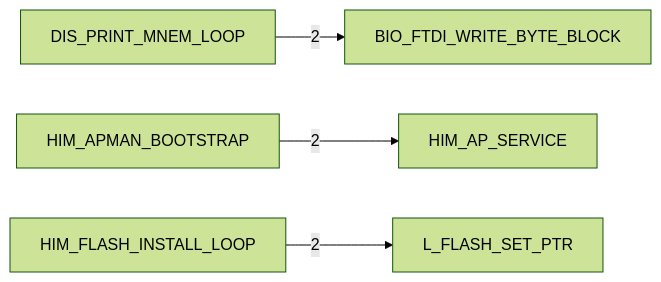
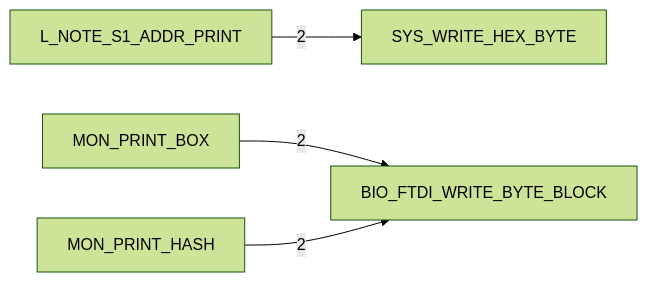
The fifth of 6 diagrams in DOC/GENERATED/HIMON_ROUTINE_TREE.md (95westus/R-YORS), drawn with Mermaid (forest theme) before and after one commit. The commit also changed other lines of this file and 243 other files, not shown here.

````diff
--- a/DOC/GENERATED/HIMON_ROUTINE_TREE.md
+++ b/DOC/GENERATED/HIMON_ROUTINE_TREE.md
@@ -80,6 +80,6 @@
 ```mermaid
 flowchart LR
-    N_DIS_PRINT_MNEM_LOOP[DIS_PRINT_MNEM_LOOP] -->|2| N_BIO_FTDI_WRITE_BYTE_BLOCK[BIO_FTDI_WRITE_BYTE_BLOCK]
-    N_HIM_APMAN_BOOTSTRAP[HIM_APMAN_BOOTSTRAP] -->|2| N_HIM_AP_SERVICE[HIM_AP_SERVICE]
-    N_HIM_FLASH_INSTALL_LOOP[HIM_FLASH_INSTALL_LOOP] -->|2| N_L_FLASH_SET_PTR[L_FLASH_SET_PTR]
+    N_L_NOTE_S1_ADDR_PRINT[L_NOTE_S1_ADDR_PRINT] -->|2| N_SYS_WRITE_HEX_BYTE[SYS_WRITE_HEX_BYTE]
+    N_MON_PRINT_BOX[MON_PRINT_BOX] -->|2| N_BIO_FTDI_WRITE_BYTE_BLOCK[BIO_FTDI_WRITE_BYTE_BLOCK]
+    N_MON_PRINT_HASH[MON_PRINT_HASH] -->|2| N_BIO_FTDI_WRITE_BYTE_BLOCK[BIO_FTDI_WRITE_BYTE_BLOCK]
 ```
````
